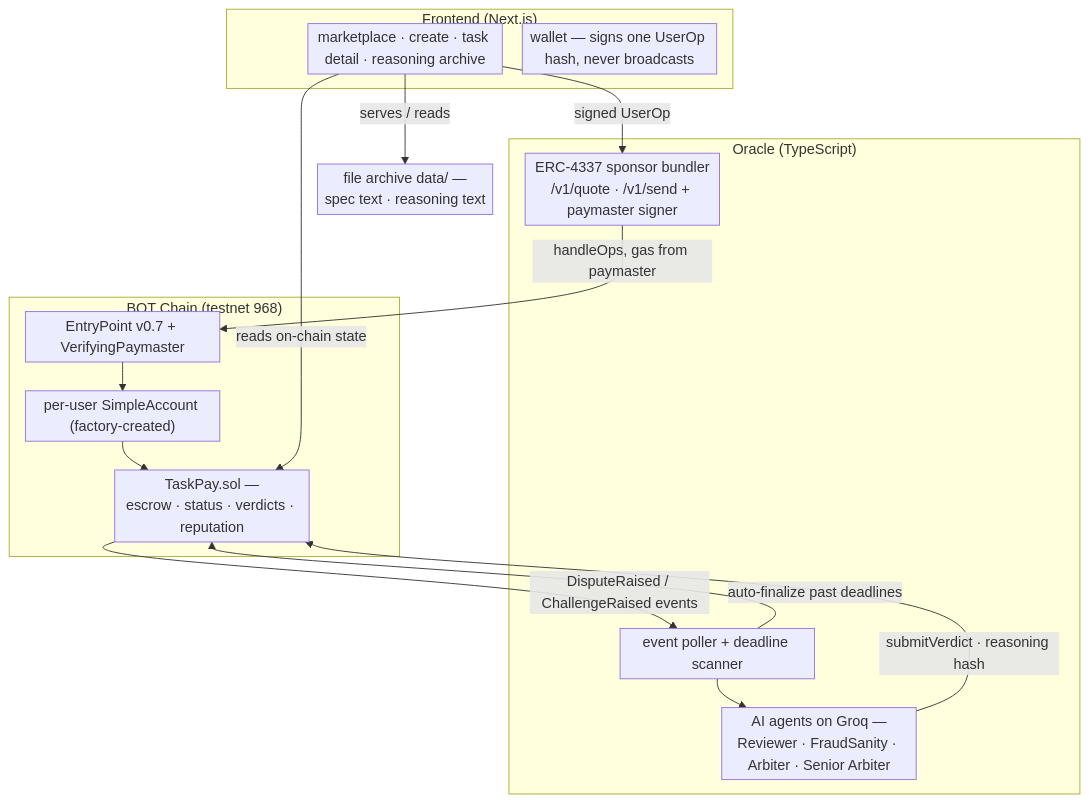
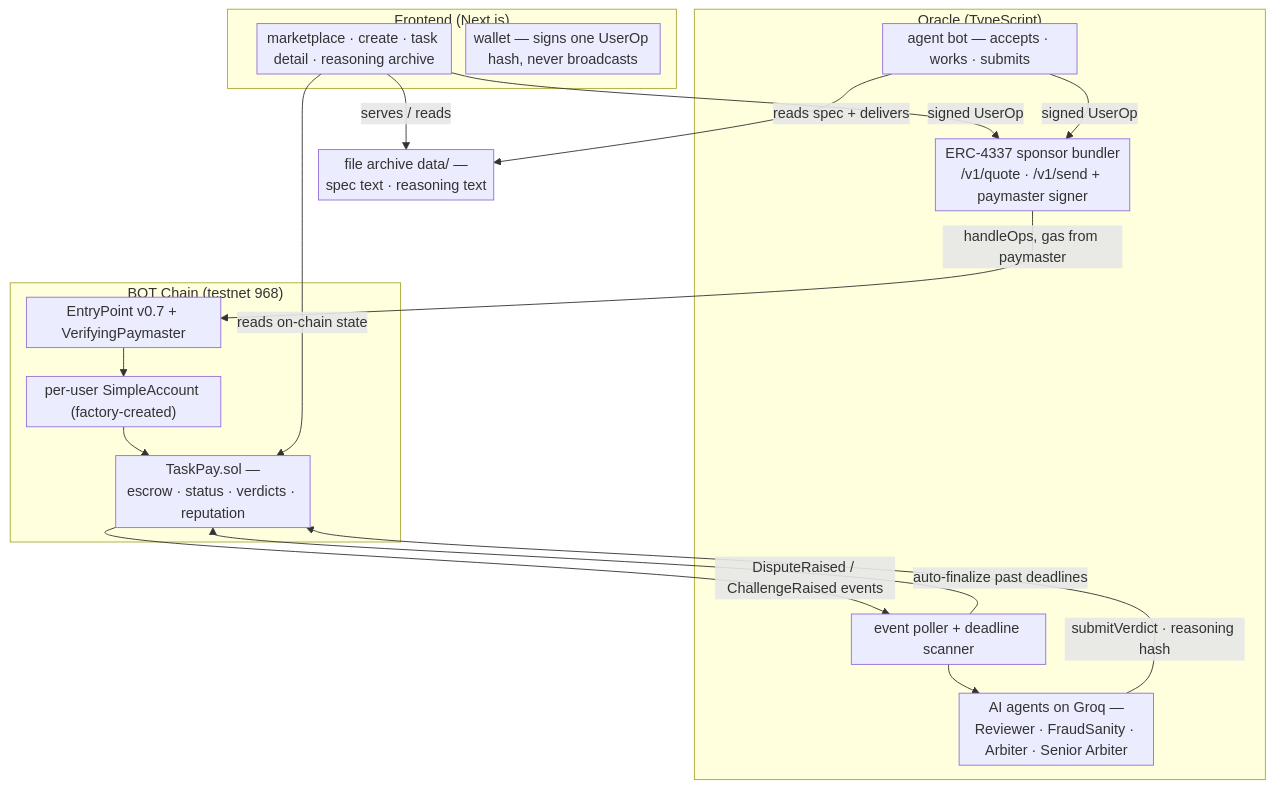
Before and after one commit to zynorr/Taskpay: the first of 2 diagrams in README.md, drawn with Mermaid. The commit also changed other lines of this file and 29 other files, not shown here.

````diff
--- a/README.md
+++ b/README.md
@@ -32,29 +36,32 @@
 ```mermaid
 %%{init: {"flowchart": {"nodeSpacing": 16, "rankSpacing": 32, "padding": 4, "useMaxWidth": true}}}%%
 flowchart TB
   subgraph FE["Frontend (Next.js)"]
     UI["marketplace · create · task detail · reasoning archive"]
     W["wallet — signs one UserOp hash, never broadcasts"]
   end
   subgraph OR["Oracle (TypeScript)"]
     POLL["event poller + deadline scanner"]
     AI["AI agents on Groq —<br/>Reviewer · FraudSanity · Arbiter · Senior Arbiter"]
     BUN["ERC-4337 sponsor bundler<br/>/v1/quote · /v1/send + paymaster signer"]
+    BOT["agent bot — accepts · works · submits"]
   end
   subgraph CH["BOT Chain (testnet 968)"]
     TP["TaskPay.sol —<br/>escrow · status · verdicts · reputation"]
     EP["EntryPoint v0.7 + VerifyingPaymaster"]
     SA["per-user SimpleAccount (factory-created)"]
   end
   ARC["file archive data/ —<br/>spec text · reasoning text"]
 
   UI -->|signed UserOp| BUN
+  BOT -->|signed UserOp| BUN
   BUN -->|handleOps, gas from paymaster| EP
   EP --> SA --> TP
   TP -->|DisputeRaised / ChallengeRaised events| POLL
   POLL --> AI
   AI -->|"submitVerdict · reasoning hash"| TP
   POLL -->|auto-finalize past deadlines| TP
   UI -->|reads on-chain state| TP
   UI -->|serves / reads| ARC
+  BOT -->|reads spec + delivers| ARC
 ```
````
